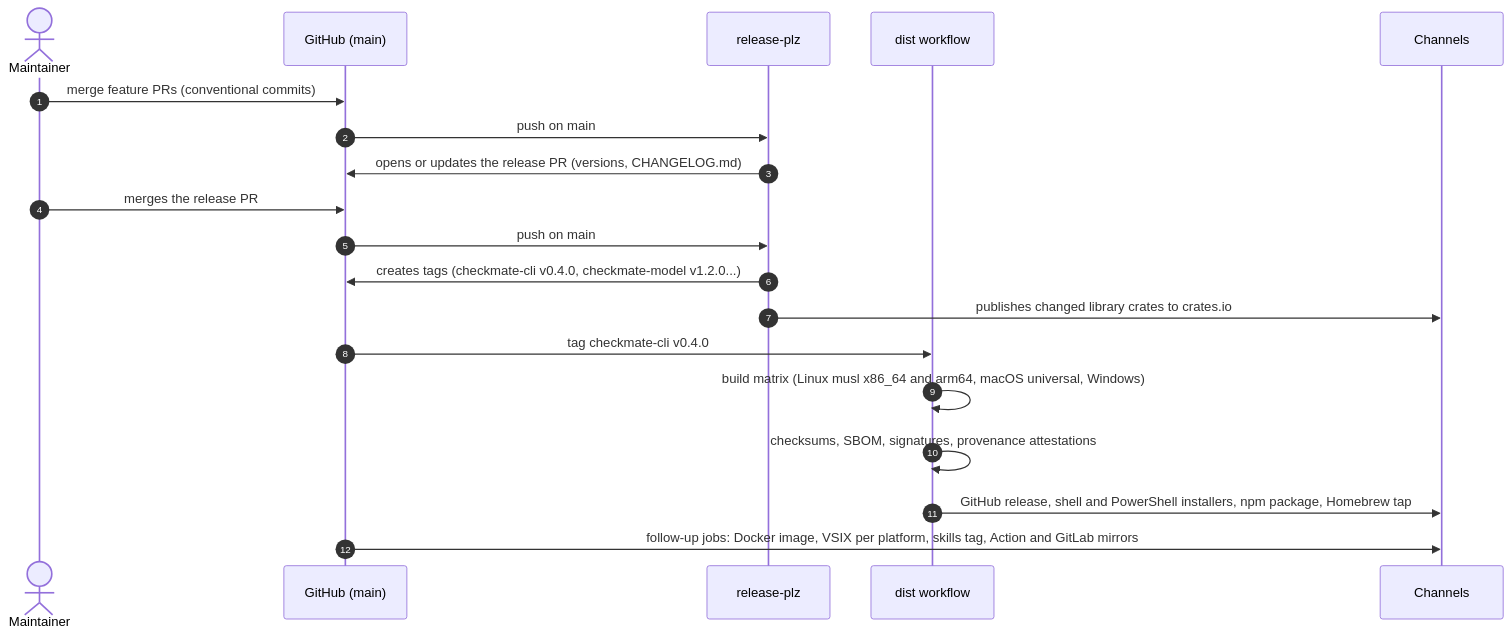
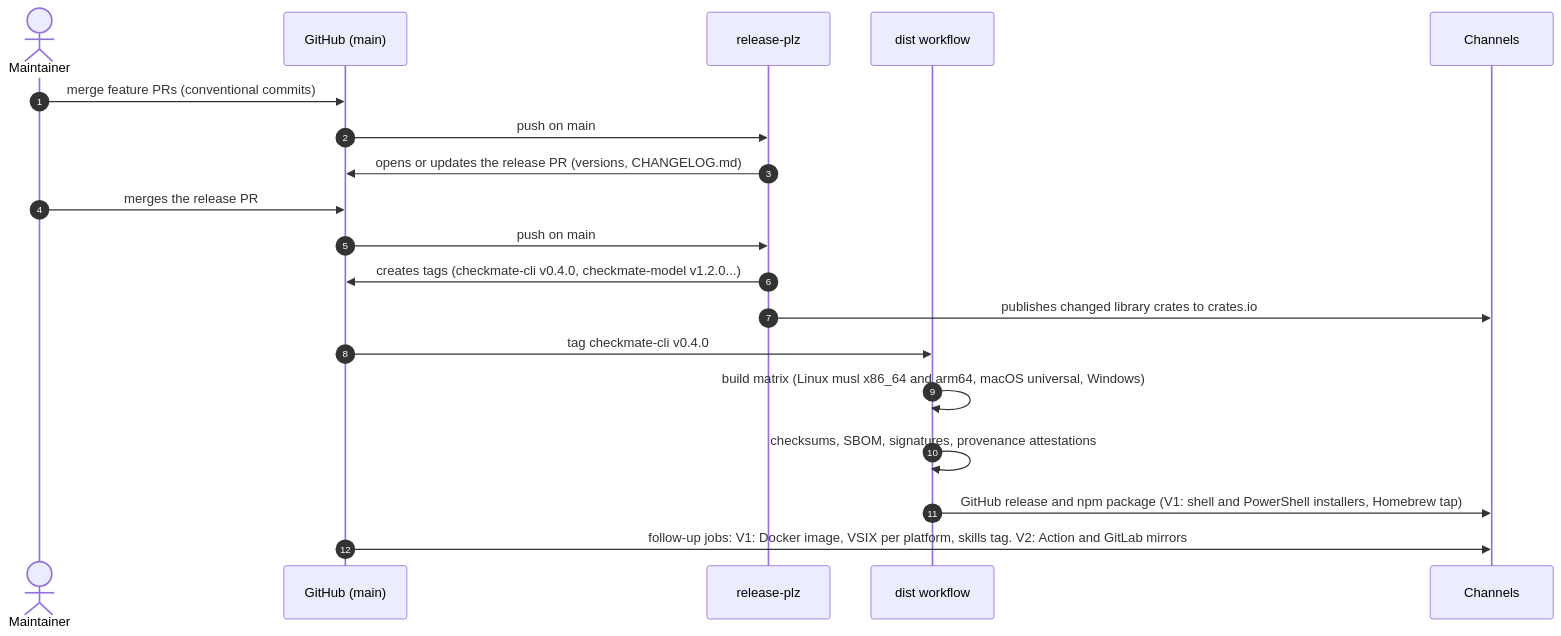
The first of 2 diagrams in docs/repository/02-release-lifecycle.md (E-Jacques/Rulelink), drawn with Mermaid before and after one commit. The commit also changed other lines of this file and 16 other files, not shown here.

````diff
--- a/docs/repository/02-release-lifecycle.md
+++ b/docs/repository/02-release-lifecycle.md
@@ -69,22 +70,22 @@
 ```mermaid
 sequenceDiagram
     autonumber
     actor Dev as Maintainer
     participant GH as GitHub (main)
     participant RP as release-plz
     participant DIST as dist workflow
     participant CH as Channels
 
     Dev->>GH: merge feature PRs (conventional commits)
     GH->>RP: push on main
     RP->>GH: opens or updates the release PR (versions, CHANGELOG.md)
     Dev->>GH: merges the release PR
     GH->>RP: push on main
     RP->>GH: creates tags (checkmate-cli v0.4.0, checkmate-model v1.2.0...)
     RP->>CH: publishes changed library crates to crates.io
     GH->>DIST: tag checkmate-cli v0.4.0
     DIST->>DIST: build matrix (Linux musl x86_64 and arm64, macOS universal, Windows)
     DIST->>DIST: checksums, SBOM, signatures, provenance attestations
-    DIST->>CH: GitHub release, shell and PowerShell installers, npm package, Homebrew tap
-    GH->>CH: follow-up jobs: Docker image, VSIX per platform, skills tag, Action and GitLab mirrors
+    DIST->>CH: GitHub release and npm package (V1: shell and PowerShell installers, Homebrew tap)
+    GH->>CH: follow-up jobs: V1: Docker image, VSIX per platform, skills tag. V2: Action and GitLab mirrors
 ```
````
